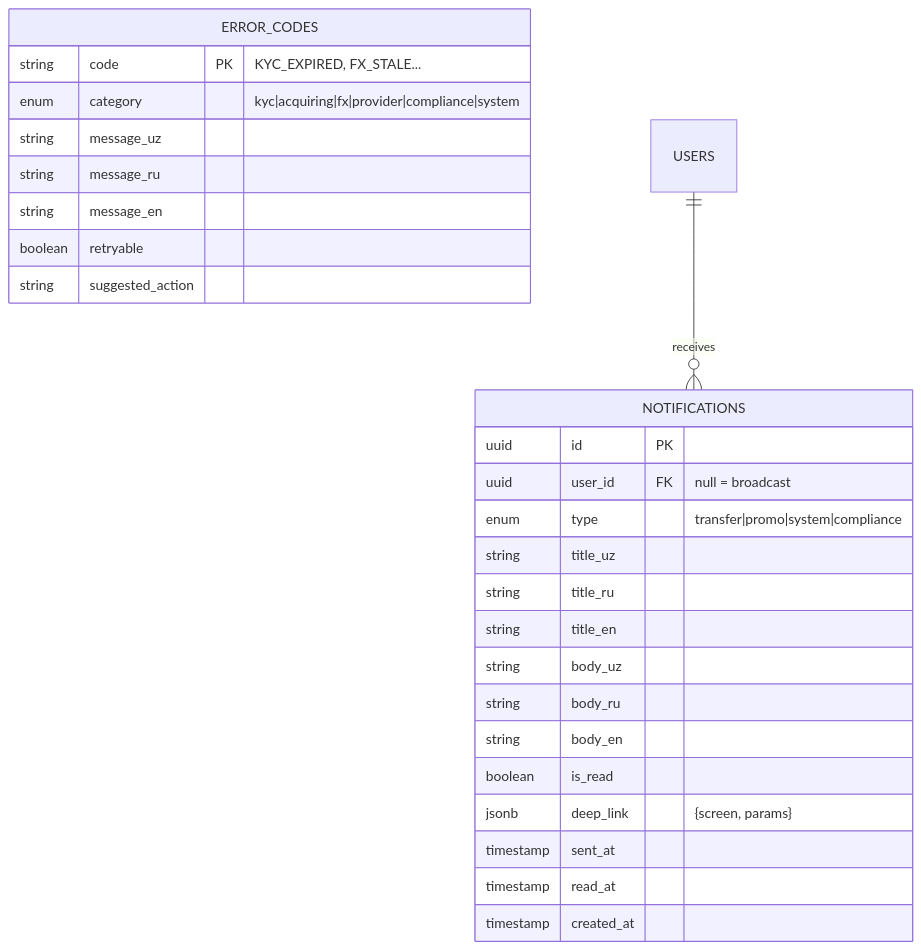
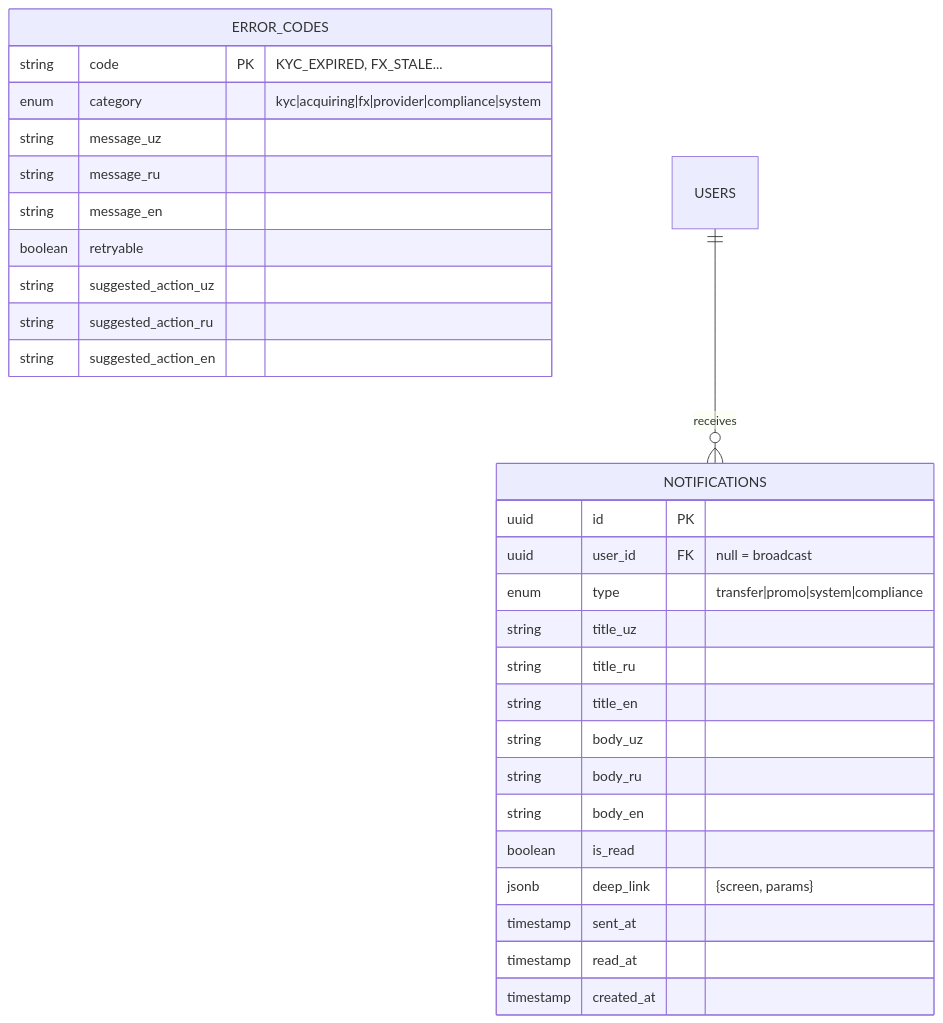
One commit to SardorAllaberganov/zhi-pay changed diagram 11 of 12 in docs/models.md. Above: the diagram before and after it, drawn with Mermaid. The commit also changed other lines of this file and 1 other file, not shown here.

First line of the commit message:
docs(models): split error_codes suggested_action into per-locale fields

````diff
--- a/docs/models.md
+++ b/docs/models.md
@@ -494,29 +494,31 @@
 ```mermaid
 erDiagram
   ERROR_CODES {
     string code PK "KYC_EXPIRED, FX_STALE..."
     enum category "kyc|acquiring|fx|provider|compliance|system"
     string message_uz
     string message_ru
     string message_en
     boolean retryable
-    string suggested_action
+    string suggested_action_uz
+    string suggested_action_ru
+    string suggested_action_en
   }
   NOTIFICATIONS {
     uuid id PK
     uuid user_id FK "null = broadcast"
     enum type "transfer|promo|system|compliance"
     string title_uz
     string title_ru
     string title_en
     string body_uz
     string body_ru
     string body_en
     boolean is_read
     jsonb deep_link "{screen, params}"
     timestamp sent_at
     timestamp read_at
     timestamp created_at
   }
   USERS ||--o{ NOTIFICATIONS : "receives"
 ```
````
